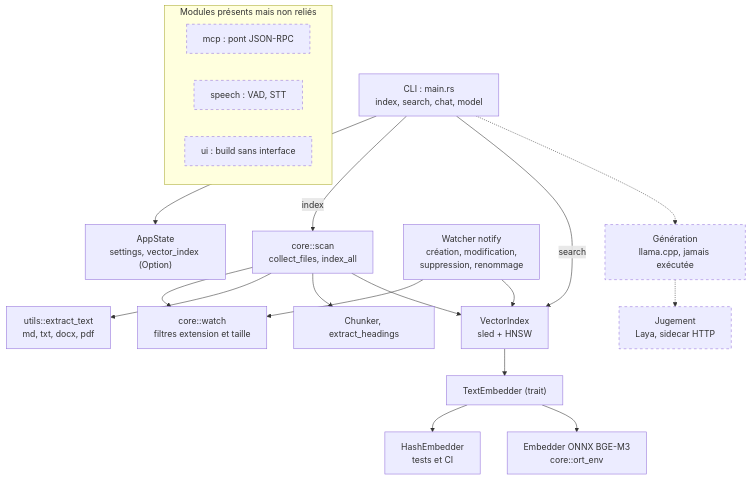
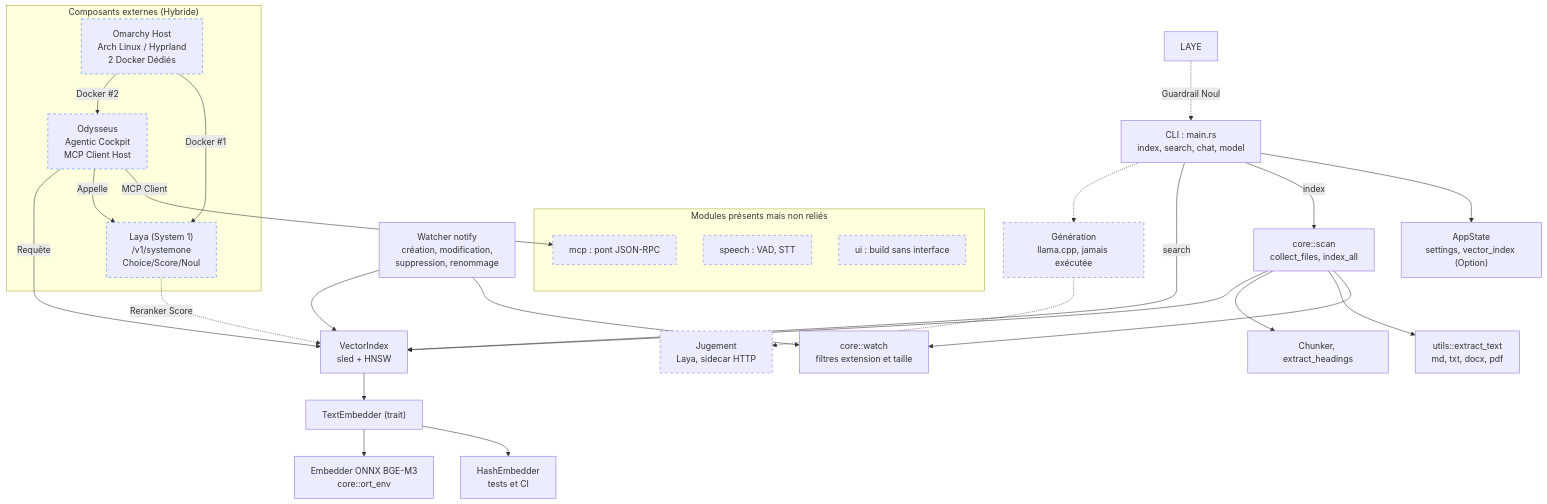
The diagram in README.md (chelmooz/maieutik), drawn with Mermaid before and after one commit. The commit also changed other lines of this file and 89 other files, not shown here.

````diff
--- a/README.md
+++ b/README.md
@@ -30,40 +35,64 @@
 ```mermaid
 flowchart TD
     CLI["CLI : main.rs<br/>index, search, chat, model"]
     STATE["AppState<br/>settings, vector_index (Option)"]
     SCAN["core::scan<br/>collect_files, index_all"]
     FILTER["core::watch<br/>filtres extension et taille"]
     EXTRACT["utils::extract_text<br/>md, txt, docx, pdf"]
     CHUNK["Chunker, extract_headings"]
     IDX["VectorIndex<br/>sled + HNSW"]
     EMB["TextEmbedder (trait)"]
     HASH["HashEmbedder<br/>tests et CI"]
     ONNX["Embedder ONNX BGE-M3<br/>core::ort_env"]
     WATCHER["Watcher notify<br/>création, modification,<br/>suppression, renommage"]
     GEN["Génération<br/>llama.cpp, jamais exécutée"]
     JUDGE["Jugement<br/>Laya, sidecar HTTP"]
-
+    
+    %% Odysseus & Laya (System 1) components
+    ODYSSEUS["Odysseus<br/>Agentic Cockpit<br/>MCP Client Host"]
+    LAYA["Laya (System 1)<br/>/v1/systemone<br/>Choice/Score/Noul"]
+    OMARCHY["Omarchy Host<br/>Arch Linux / Hyprland<br/>2 Docker Dédiés"]
+    
     subgraph STUBS["Modules présents mais non reliés"]
         MCP["mcp : pont JSON-RPC"]
         SPEECH["speech : VAD, STT"]
         UI["ui : build sans interface"]
+    end
+
+    subgraph EXTERNAL["Composants externes (Hybride)"]
+        ODYSSEUS
+        LAYA
+        OMARCHY
     end
 
     CLI --> STATE
     CLI -- index --> SCAN
     CLI -- search --> IDX
     SCAN --> FILTER
     SCAN --> EXTRACT
     SCAN --> CHUNK
     SCAN --> IDX
     IDX --> EMB
     EMB --> HASH
     EMB --> ONNX
     WATCHER --> FILTER
     WATCHER --> IDX
     CLI -.-> GEN
     GEN -.-> JUDGE
+    
+    %% Odysseus orchestration layer
+    ODYSSEUS -->|MCP Client| MCP
+    ODYSSEUS -->|Appelle| LAYA
+    ODYSSEUS -->|Requête| IDX
+    LAYA -.->|Reranker Score| IDX
+    LAYE -.->|Guardrail Noul| CLI
+    
+    %% Omarchy hosting
+    OMARCHY -->|Docker #1| LAYA
+    OMARCHY -->|Docker #2| ODYSSEUS
 
     classDef planned stroke-dasharray: 5 5
     class GEN,JUDGE,MCP,SPEECH,UI planned
+    classDef external stroke-dasharray: 5 5,stroke:#3b82f6
+    class ODYSSEUS,LAYA,OMARCHY external
 ```
````
